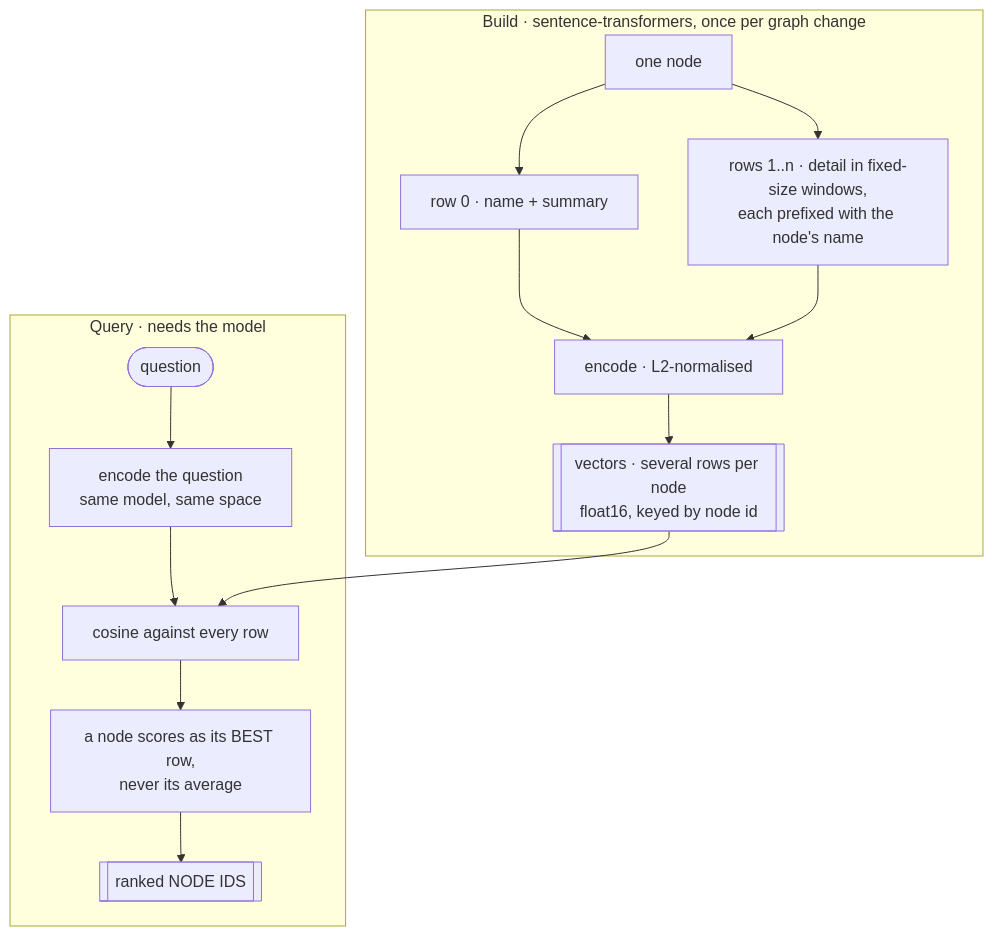
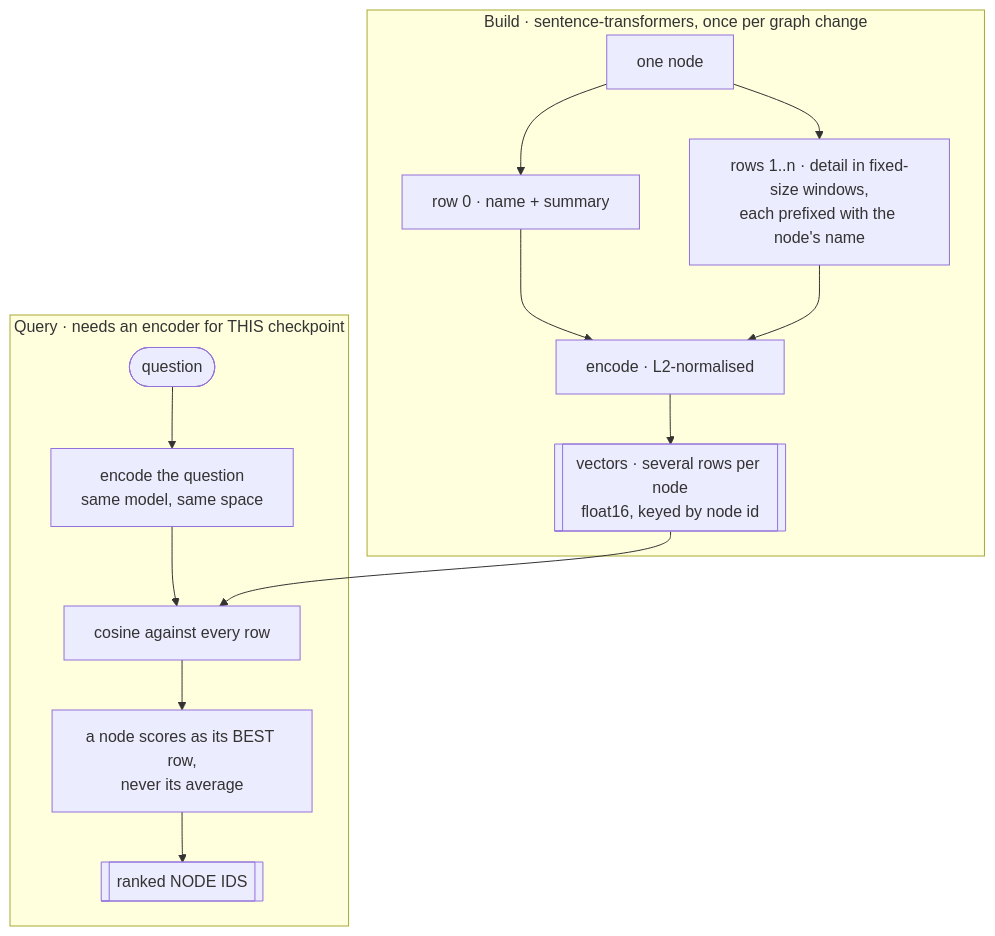
Before and after one commit to MangroveTechnologies/MangroveKnowledgeBase: the eighth of 9 diagrams in docs/architecture/README.md, drawn with Mermaid. The commit also changed other lines of this file and 16 other files, not shown here.

````diff
--- a/docs/architecture/README.md
+++ b/docs/architecture/README.md
@@ -291,18 +291,18 @@
 ```mermaid
 flowchart TB
   subgraph b[Build · sentence-transformers, once per graph change]
     n["one node"] --> c0["row 0 · name + summary"]
     n --> cw["rows 1..n · detail in fixed-size windows,<br/>each prefixed with the node's name"]
     c0 & cw --> enc["encode · L2-normalised"]
     enc --> st[["vectors · several rows per node<br/>float16, keyed by node id"]]
   end
 
-  subgraph q[Query · needs the model]
+  subgraph q[Query · needs an encoder for THIS checkpoint]
     qq([question]) --> qe["encode the question<br/>same model, same space"]
     qe --> cos["cosine against every row"]
     cos --> best["a node scores as its BEST row,<br/>never its average"]
     best --> ids[["ranked NODE IDS"]]
   end
 
   st --> cos
 ```
````
